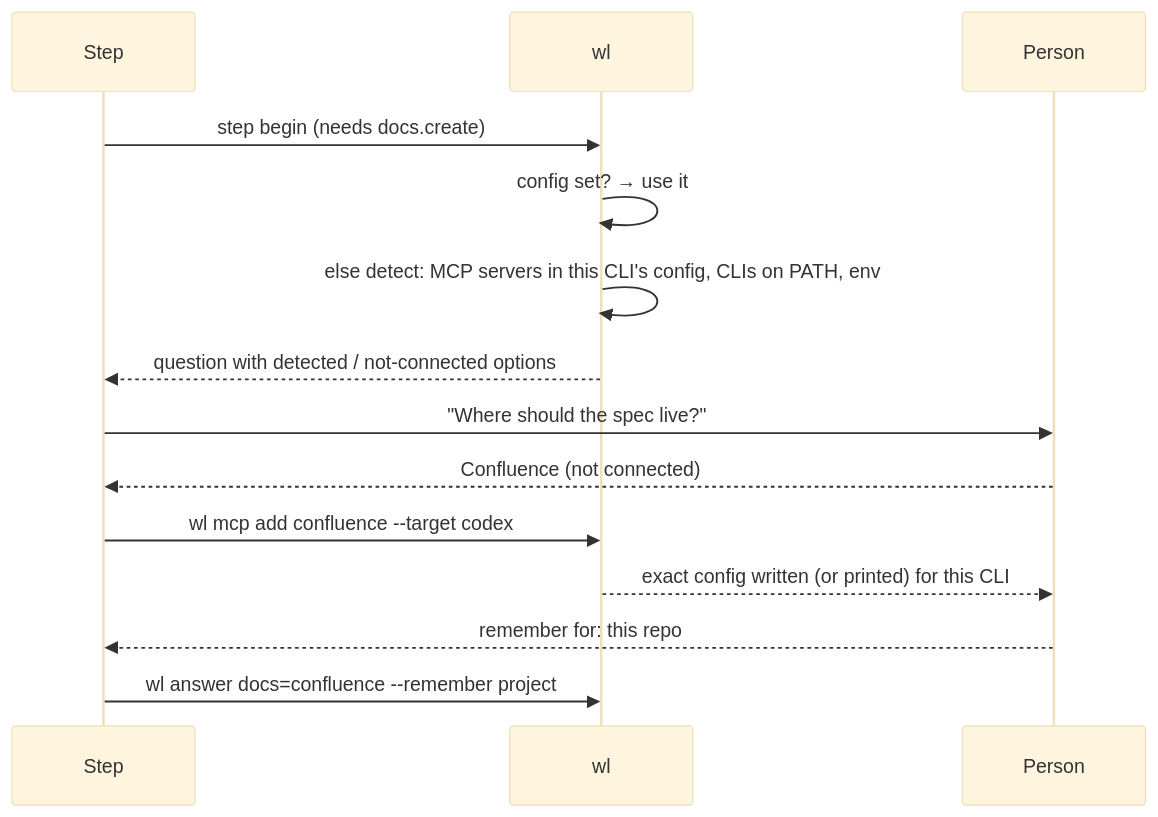
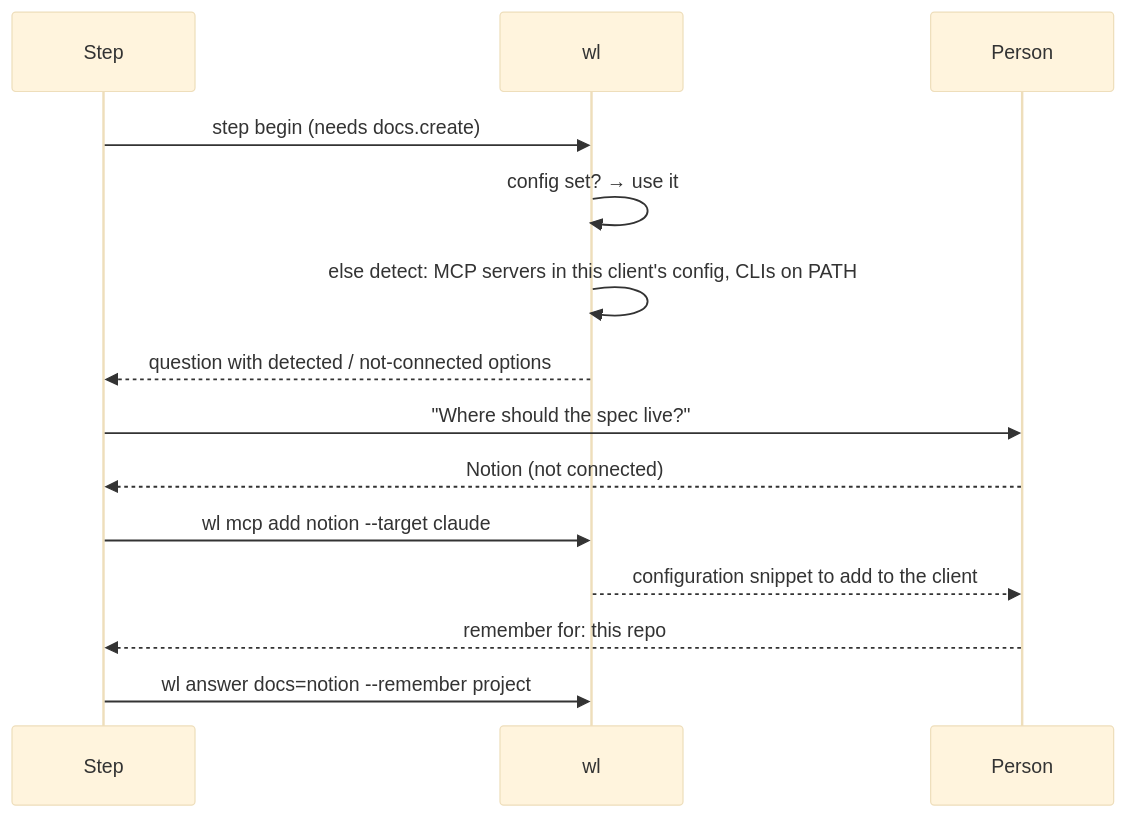
One commit to dreamingechoes/wholeloop changed the second of 2 diagrams in docs/configuration/providers.md. Above: the diagram before and after it, drawn with Mermaid (base theme). The commit also changed other lines of this file and 147 other files, not shown here.

````diff
--- a/docs/configuration/providers.md
+++ b/docs/configuration/providers.md
@@ -260,16 +70,16 @@
 ```mermaid
 sequenceDiagram
   participant S as Step
   participant TL as wl
   participant P as Person
   S->>TL: step begin (needs docs.create)
   TL->>TL: config set? → use it
-  TL->>TL: else detect: MCP servers in this CLI's config, CLIs on PATH, env
+  TL->>TL: else detect: MCP servers in this client's config, CLIs on PATH
   TL-->>S: question with detected / not-connected options
   S->>P: "Where should the spec live?"
-  P-->>S: Confluence (not connected)
-  S->>TL: wl mcp add confluence --target codex
-  TL-->>P: exact config written (or printed) for this CLI
+  P-->>S: Notion (not connected)
+  S->>TL: wl mcp add notion --target claude
+  TL-->>P: configuration snippet to add to the client
   P-->>S: remember for: this repo
-  S->>TL: wl answer docs=confluence --remember project
+  S->>TL: wl answer docs=notion --remember project
 ```
````
